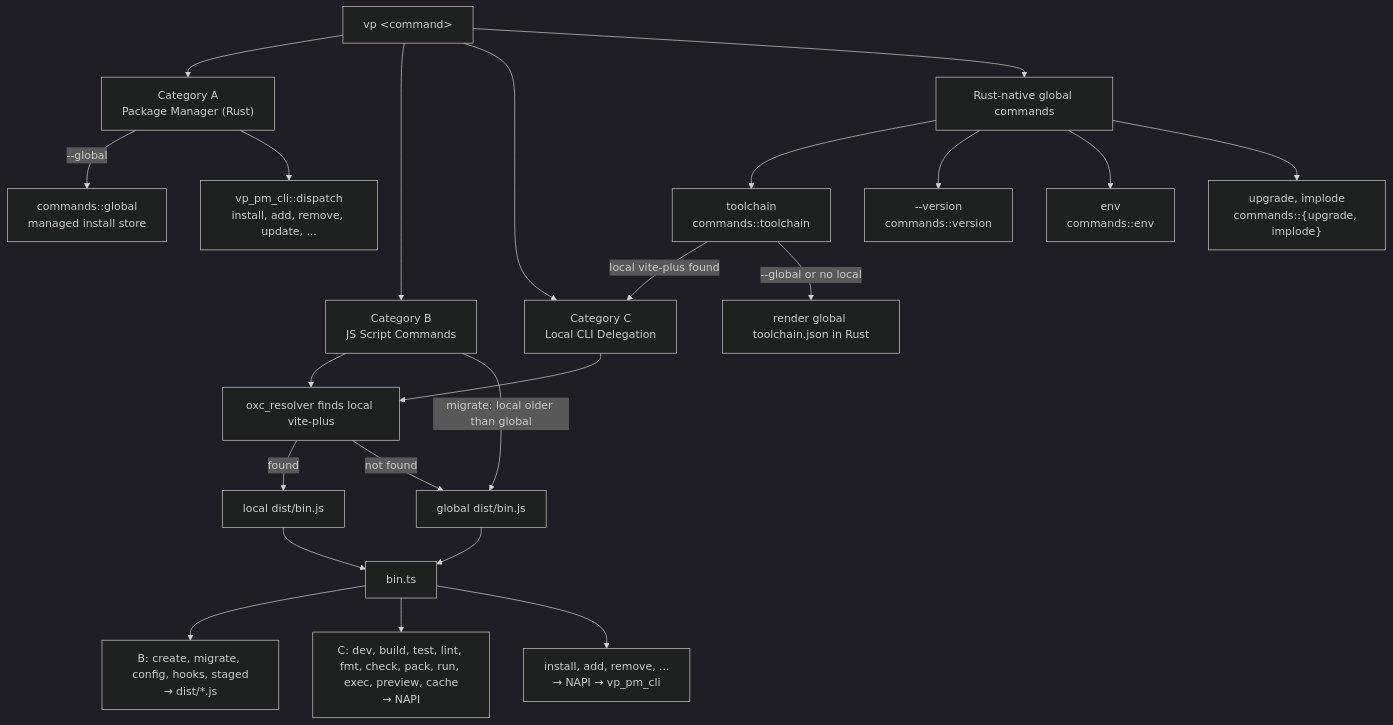
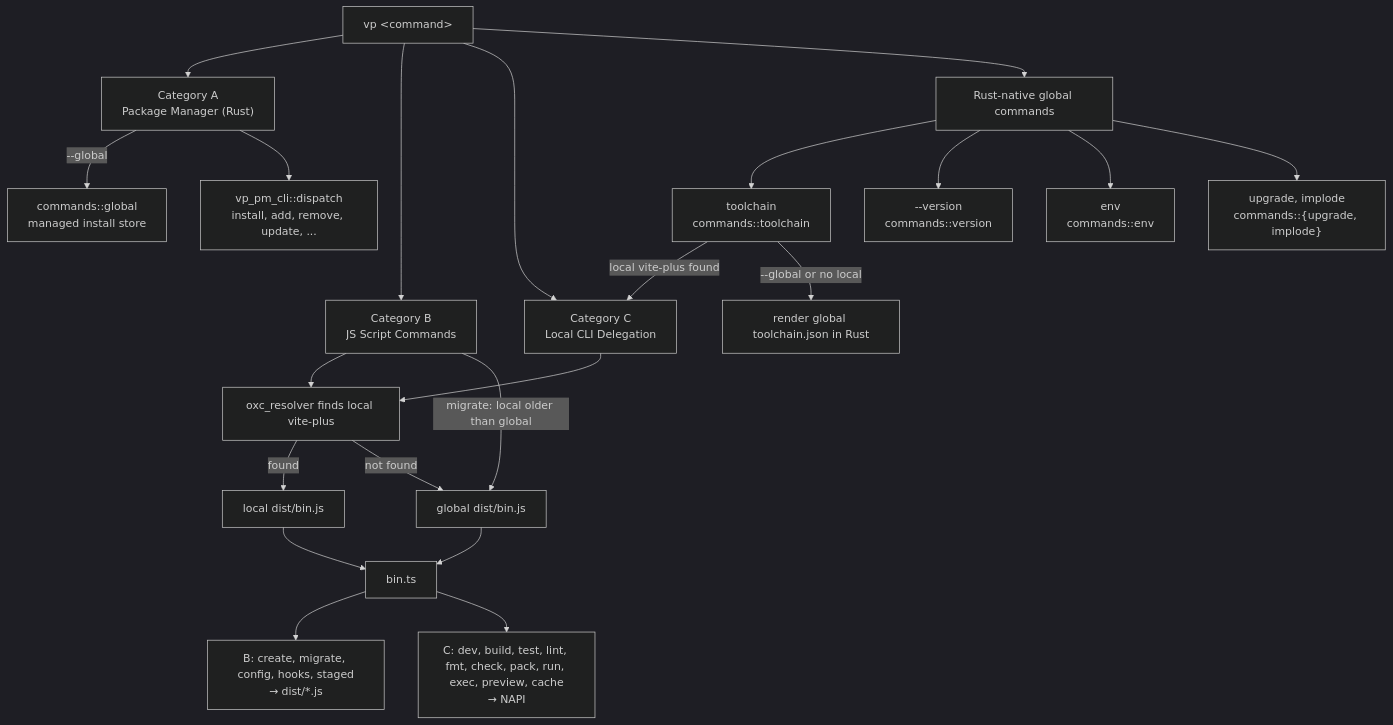
One commit to voidzero-dev/vite-plus changed the diagram in rfcs/merge-global-and-local-cli.md. Above: the diagram before and after it, drawn with Mermaid (dark theme). The commit also changed other lines of this file, not shown here.

First line of the commit message:
docs(rfcs): drop the NAPI package-manager edge from the global routing diagram

````diff
--- a/rfcs/merge-global-and-local-cli.md
+++ b/rfcs/merge-global-and-local-cli.md
@@ -113,30 +113,29 @@
 ```mermaid
 flowchart TD
     vp["vp &lt;command&gt;"]
 
     vp --> A["Category A<br/>Package Manager (Rust)"]
     vp --> B["Category B<br/>JS Script Commands"]
     vp --> C["Category C<br/>Local CLI Delegation"]
     vp --> G["Rust-native global commands"]
 
     A -->|"--global"| managed["commands::global<br/>managed install store"]
     A --> pm["vp_pm_cli::dispatch<br/>install, add, remove, update, ..."]
 
     B --> resolve
     B -->|"migrate: local older than global"| globalBin
     C --> resolve["oxc_resolver finds local vite-plus"]
     resolve -->|found| localBin["local dist/bin.js"]
     resolve -->|not found| globalBin["global dist/bin.js"]
     localBin --> binTs
     globalBin --> binTs["bin.ts"]
     binTs --> js["B: create, migrate, config, hooks, staged<br/>→ dist/*.js"]
     binTs --> napi["C: dev, build, test, lint, fmt, check, pack, run, exec, preview, cache<br/>→ NAPI"]
-    binTs --> napiPm["install, add, remove, ...<br/>→ NAPI → vp_pm_cli"]
 
     G --> toolchain["toolchain<br/>commands::toolchain"]
     toolchain -->|"local vite-plus found"| C
     toolchain -->|"--global or no local"| manifest["render global toolchain.json in Rust"]
     G --> version["--version<br/>commands::version"]
     G --> env["env<br/>commands::env"]
     G --> selfmgmt["upgrade, implode<br/>commands::{upgrade, implode}"]
 ```
````
